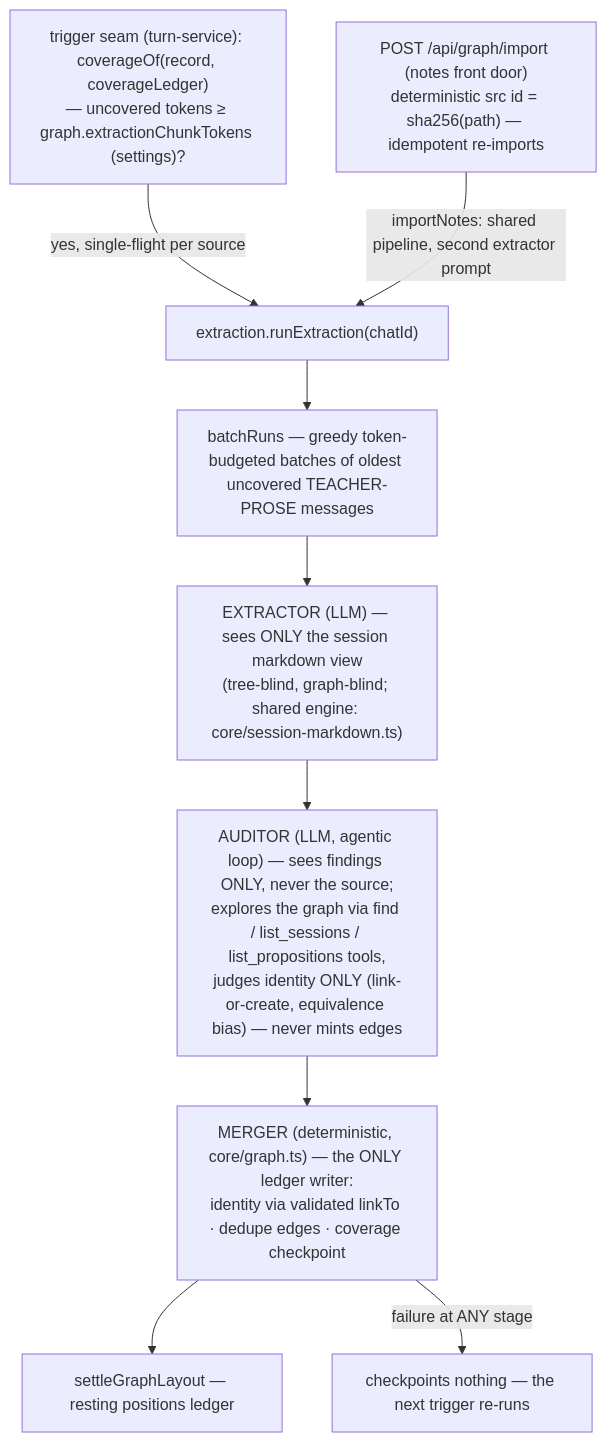
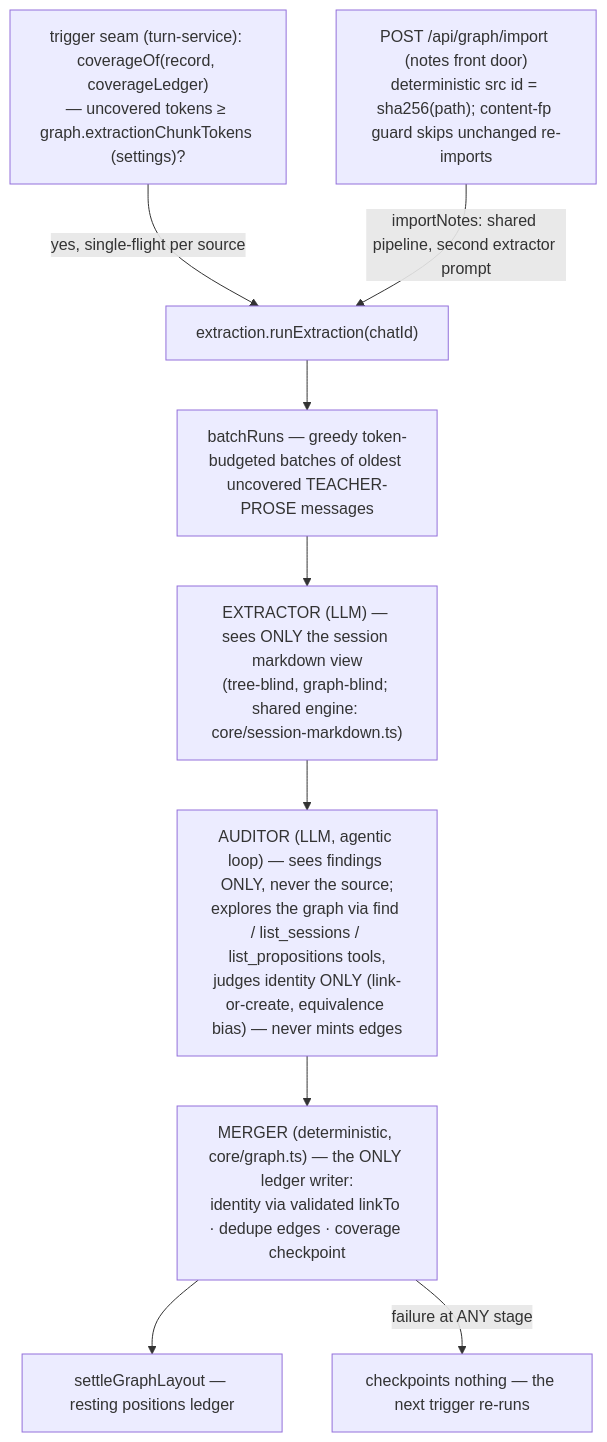
The sixth of 7 diagrams in docs/architecture.md (0xCUB3/learnharness), drawn with Mermaid before and after one commit. The commit also changed other lines of this file and 16 other files, not shown here.

````diff
--- a/docs/architecture.md
+++ b/docs/architecture.md
@@ -329,11 +329,11 @@
 ```mermaid
 flowchart TB
     TRIG["trigger seam (turn-service): coverageOf(record, coverageLedger)<br/>— uncovered tokens ≥ graph.extractionChunkTokens (settings)?"] -->|"yes, single-flight per source"| RUN["extraction.runExtraction(chatId)"]
-    IMPORT["POST /api/graph/import (notes front door)<br/>deterministic src id = sha256(path) — idempotent re-imports"] -->|"importNotes: shared pipeline, second extractor prompt"| RUN
+    IMPORT["POST /api/graph/import (notes front door)<br/>deterministic src id = sha256(path); content-fp guard skips unchanged re-imports"] -->|"importNotes: shared pipeline, second extractor prompt"| RUN
     RUN --> BATCH["batchRuns — greedy token-budgeted batches of oldest uncovered TEACHER-PROSE messages"]
     BATCH --> EXT["EXTRACTOR (LLM) — sees ONLY the session markdown view<br/>(tree-blind, graph-blind; shared engine: core/session-markdown.ts)"]
     EXT --> AUD["AUDITOR (LLM, agentic loop) — sees findings ONLY, never the source;<br/>explores the graph via find / list_sessions / list_propositions tools,<br/>judges identity ONLY (link-or-create, equivalence bias) — never mints edges"]
     AUD --> MERGE["MERGER (deterministic, core/graph.ts) — the ONLY ledger writer:<br/>identity via validated linkTo · dedupe edges · coverage checkpoint"]
     MERGE --> SETTLE["settleGraphLayout — resting positions ledger"]
     MERGE -->|"failure at ANY stage"| NOTHING["checkpoints nothing — the next trigger re-runs"]
 ```
````
